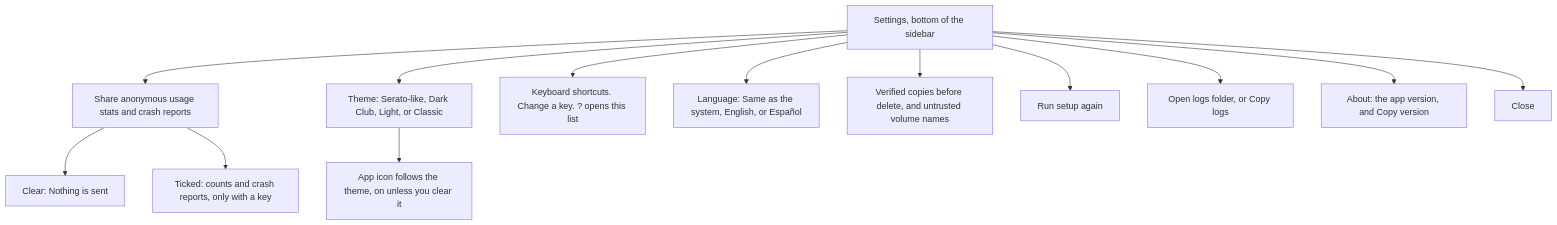
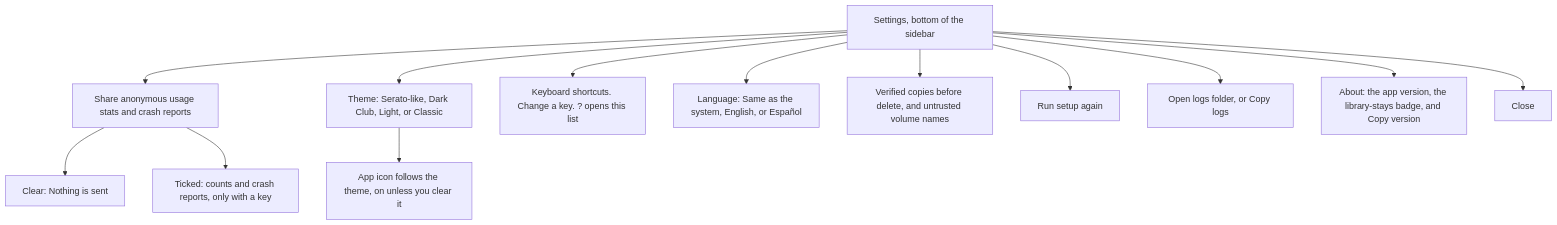
The diagram in docs/wiki/Settings.md (mookiejones/crateCraft), drawn with Mermaid before and after one commit. The commit also changed other lines of this file and 22 other files, not shown here.

First line of the commit message:
Show that the library stays on this machine (#385) (#444)

````diff
--- a/docs/wiki/Settings.md
+++ b/docs/wiki/Settings.md
@@ -8,15 +8,15 @@
 ```mermaid
 flowchart TD
   rail["Settings, bottom of the sidebar"] --> box["Share anonymous usage stats and crash reports"]
   box --> off["Clear: Nothing is sent"]
   box --> on["Ticked: counts and crash reports, only with a key"]
   rail --> theme["Theme: Serato-like, Dark Club, Light, or Classic"]
   theme --> icon["App icon follows the theme, on unless you clear it"]
   rail --> keys["Keyboard shortcuts. Change a key. ? opens this list"]
   rail --> language["Language: Same as the system, English, or Español"]
   rail --> copies["Verified copies before delete, and untrusted volume names"]
   rail --> again["Run setup again"]
   rail --> logs["Open logs folder, or Copy logs"]
-  rail --> about["About: the app version, and Copy version"]
+  rail --> about["About: the app version, the library-stays badge, and Copy version"]
   rail --> close["Close"]
 ```
````
